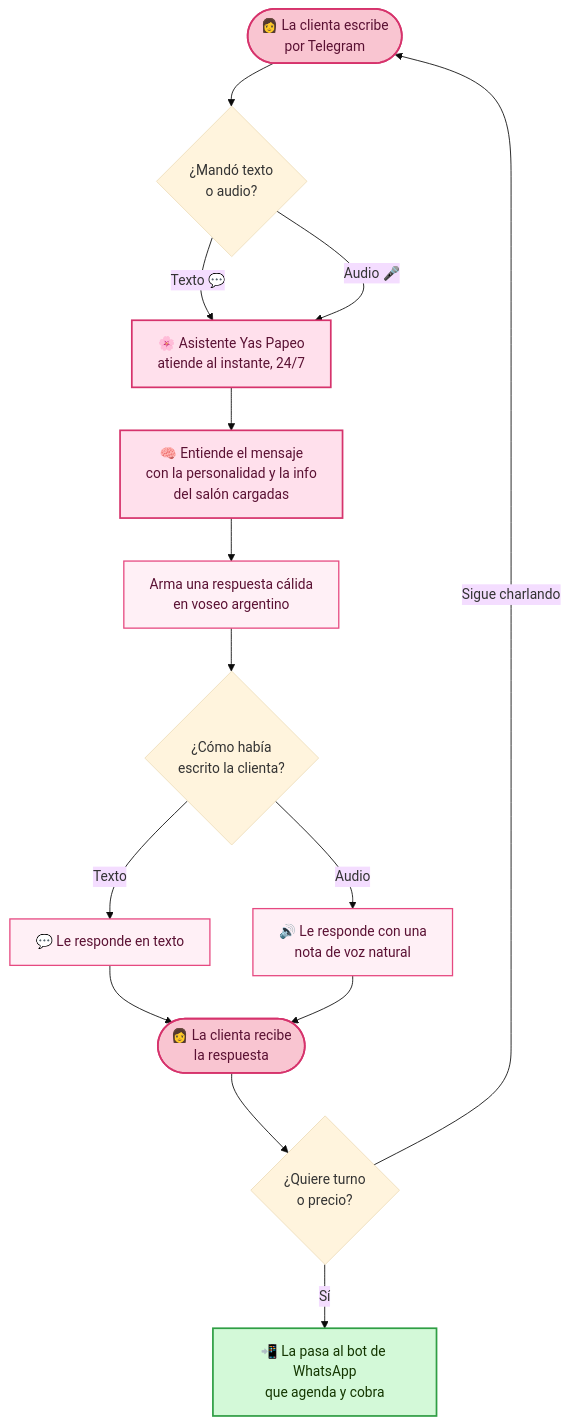
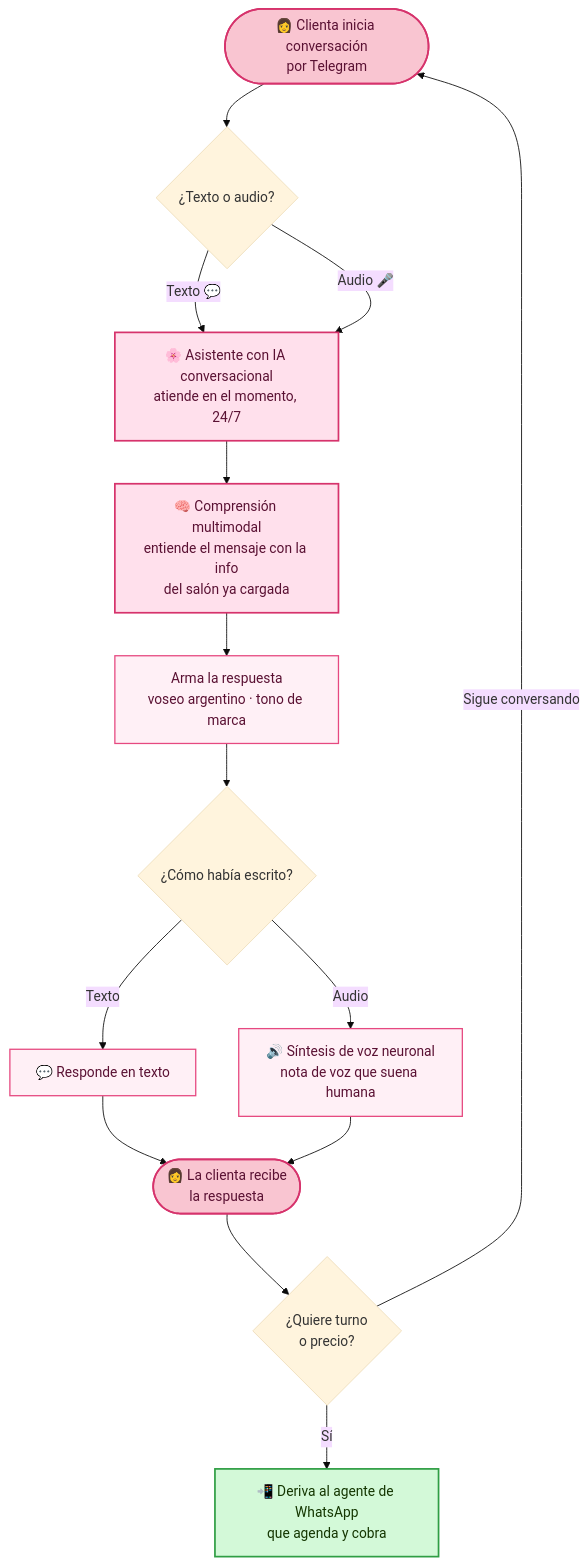
The second of 5 diagrams in agencia/bots/yas-papeo/docs/arquitectura.md (sergiopalomba05-jpg/quantumhive), drawn with Mermaid (base theme) before and after one commit. The commit also changed other lines of this file and 1 other file, not shown here.

First line of the commit message:
docs(yas-papeo): jerga tecnica con aclaraciones en criollo, vision a futuro y nombre real del IG

````diff
--- a/agencia/bots/yas-papeo/docs/arquitectura.md
+++ b/agencia/bots/yas-papeo/docs/arquitectura.md
@@ -53,31 +59,31 @@
 ```mermaid
 flowchart TD
-    A([👩 La clienta escribe<br/>por Telegram]) --> B{¿Mandó texto<br/>o audio?}
+    A([👩 Clienta inicia conversación<br/>por Telegram]) --> B{¿Texto o audio?}
 
-    B -->|Texto 💬| BOT[🌸 Asistente Yas Papeo<br/>atiende al instante, 24/7]
+    B -->|Texto 💬| BOT[🌸 Asistente con IA conversacional<br/>atiende en el momento, 24/7]
     B -->|Audio 🎤| BOT
 
-    BOT --> G[🧠 Entiende el mensaje<br/>con la personalidad y la info<br/>del salón cargadas]
-    G --> R[Arma una respuesta cálida<br/>en voseo argentino]
+    BOT --> G[🧠 Comprensión multimodal<br/>entiende el mensaje con la info<br/>del salón ya cargada]
+    G --> R[Arma la respuesta<br/>voseo argentino · tono de marca]
 
-    R --> Q{¿Cómo había<br/>escrito la clienta?}
-    Q -->|Texto| T[💬 Le responde en texto]
-    Q -->|Audio| V[🔊 Le responde con una<br/>nota de voz natural]
+    R --> Q{¿Cómo había escrito?}
+    Q -->|Texto| T[💬 Responde en texto]
+    Q -->|Audio| V[🔊 Síntesis de voz neuronal<br/>nota de voz que suena humana]
 
     T --> REC([👩 La clienta recibe<br/>la respuesta])
     V --> REC
 
     REC --> D{¿Quiere turno<br/>o precio?}
-    D -->|Sí| W[📲 La pasa al bot de WhatsApp<br/>que agenda y cobra]
-    D -->|Sigue charlando| A
+    D -->|Sí| W[📲 Deriva al agente de WhatsApp<br/>que agenda y cobra]
+    D -->|Sigue conversando| A
 
     classDef cliente fill:#f9c5d1,stroke:#d6336c,stroke-width:2px,color:#5a1133;
     classDef bot fill:#ffe0ec,stroke:#d6336c,stroke-width:2px,color:#5a1133;
     classDef accion fill:#fff0f6,stroke:#e64980,stroke-width:1.5px,color:#5a1133;
     classDef deriva fill:#d3f9d8,stroke:#2f9e44,stroke-width:2px,color:#143601;
 
     class A,REC cliente;
     class BOT,G bot;
     class R,T,V accion;
     class W deriva;
 ```
````
